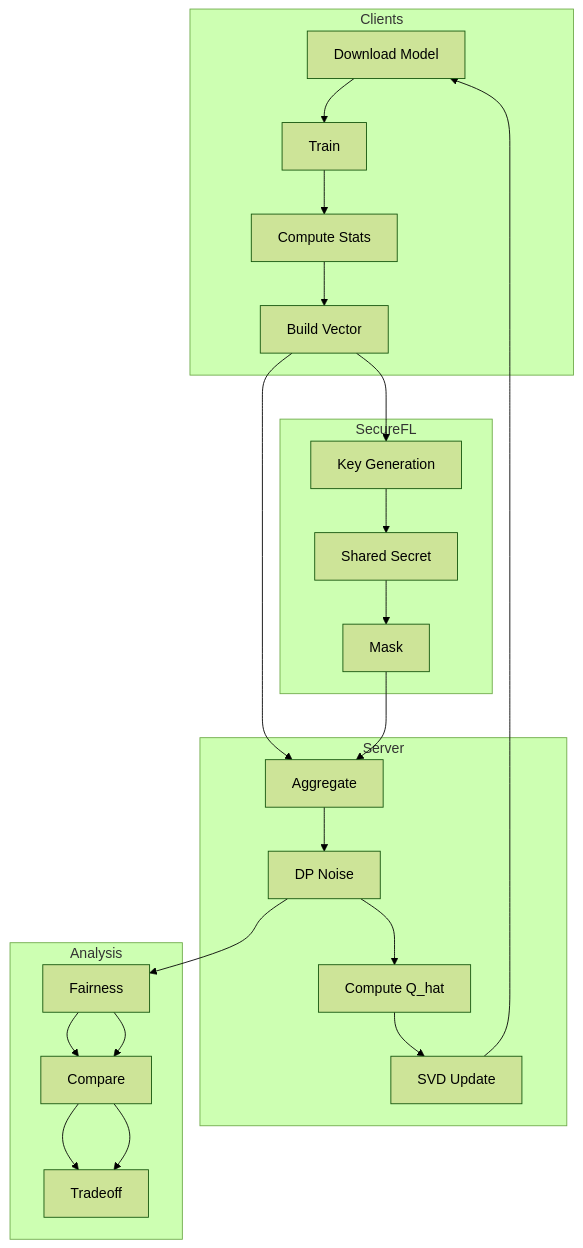
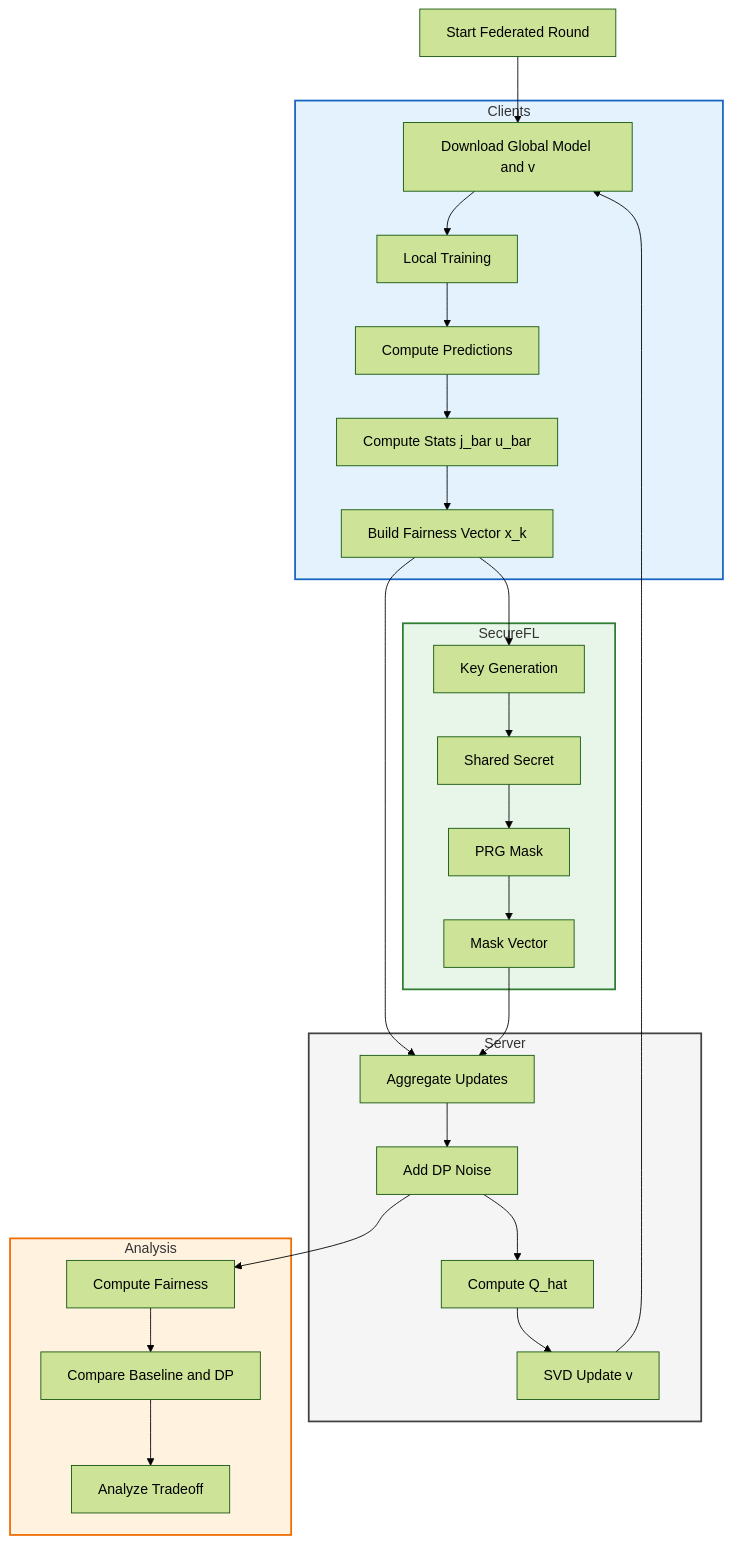
Before and after one commit to aman010/Secure_FedRenyi: the diagram in README.md, drawn with Mermaid (forest theme). The commit also changed other lines of this file, not shown here.

````diff
--- a/README.md
+++ b/README.md
@@ -82,36 +1,62 @@
 ```mermaid
 graph TD
 
-%% CLIENTS
+%% ================= OVERVIEW =================
+START[Start Federated Round]
+
+%% ================= CLIENT SIDE =================
 subgraph Clients
-    C1[Download Model] --> C2[Train]
-    C2 --> C3[Compute Stats]
-    C3 --> C4[Build Vector]
+    C1[Download Global Model and v]
+    C2[Local Training]
+    C3[Compute Predictions]
+    C4[Compute Stats j_bar u_bar]
+    C5[Build Fairness Vector x_k]
 end
 
-%% SECURE FL
+%% ================= SECURE LAYER =================
 subgraph SecureFL
-    S1[Key Generation] --> S2[Shared Secret]
-    S2 --> S3[Mask]
+    S1[Key Generation]
+    S2[Shared Secret]
+    S3[PRG Mask]
+    S4[Mask Vector]
 end
 
-%% SERVER
+%% ================= SERVER =================
 subgraph Server
-    SV1[Aggregate] --> SV2[DP Noise]
-    SV2 --> SV3[Compute Q_hat]
-    SV3 --> SV4[SVD Update]
+    SV1[Aggregate Updates]
+    SV2[Add DP Noise]
+    SV3[Compute Q_hat]
+    SV4[SVD Update v]
 end
 
-%% ANALYSIS
+%% ================= ANALYSIS =================
 subgraph Analysis
-    A1[Fairness] --> A2[Compare] --> A3[Tradeoff]
+    A1[Compute Fairness]
+    A2[Compare Baseline and DP]
+    A3[Analyze Tradeoff]
 end
 
-%% FLOW
-C4 --> SV1
-C4 --> S1
-S3 --> SV1
+%% ================= FLOW =================
+START --> C1 --> C2 --> C3 --> C4 --> C5
 
+%% baseline path
+C5 --> SV1
+
+%% secure path
+C5 --> S1 --> S2 --> S3 --> S4 --> SV1
+
+%% server flow
+SV1 --> SV2 --> SV3 --> SV4
+
+%% feedback loop
 SV4 --> C1
+
+%% analysis branch
 SV2 --> A1 --> A2 --> A3
+
+%% ================= STYLING =================
+style Clients fill:#e3f2fd,stroke:#1565c0,stroke-width:2px
+style SecureFL fill:#e8f5e9,stroke:#2e7d32,stroke-width:2px
+style Server fill:#f5f5f5,stroke:#424242,stroke-width:2px
+style Analysis fill:#fff3e0,stroke:#ef6c00,stroke-width:2px
 ```
````
